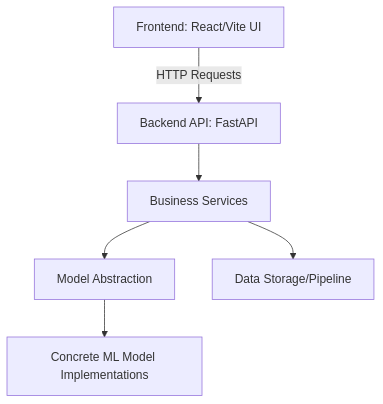
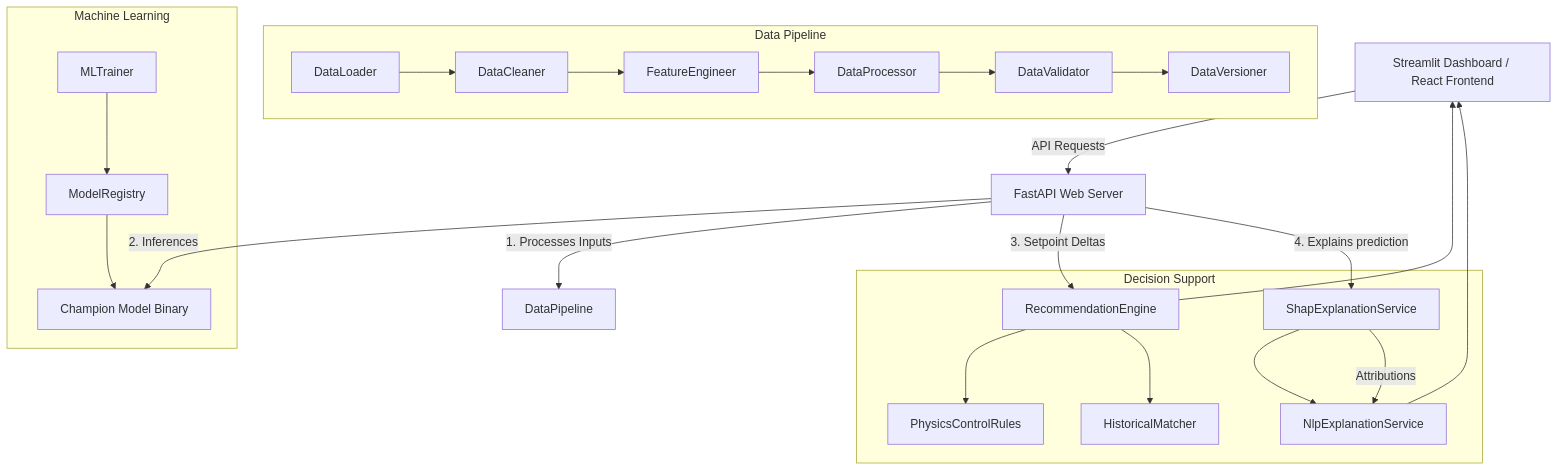
The diagram in docs/architecture.md (bold24-AY/grade-change-intelligence), drawn with Mermaid before and after one commit. The commit also changed other lines of this file and 11 other files, not shown here.

````diff
--- a/docs/architecture.md
+++ b/docs/architecture.md
@@ -9,8 +11,31 @@
 ```mermaid
 graph TD
-    UI[Frontend: React/Vite UI] -->|HTTP Requests| API[Backend API: FastAPI]
-    API --> Services[Business Services]
-    Services --> Models[Model Abstraction]
-    Services --> DataLayer[Data Storage/Pipeline]
-    Models --> ModelImpl[Concrete ML Model Implementations]
+    Client[Streamlit Dashboard / React Frontend] -->|API Requests| API[FastAPI Web Server]
+    
+    subgraph Data Pipeline
+        Loader[DataLoader] --> Cleaner[DataCleaner]
+        Cleaner --> FeatureEng[FeatureEngineer]
+        FeatureEng --> Scaler[DataProcessor]
+        Scaler --> Validator[DataValidator]
+        Validator --> Versioner[DataVersioner]
+    end
+    
+    subgraph Machine Learning
+        Trainer[MLTrainer] --> Registry[ModelRegistry]
+        Registry --> ChampionModel[Champion Model Binary]
+    end
+
+    subgraph Decision Support
+        Rec[RecommendationEngine] --> Rules[PhysicsControlRules]
+        Rec --> Matcher[HistoricalMatcher]
+        XAI[ShapExplanationService] --> NLPCard[NlpExplanationService]
+    end
+
+    API -->|1. Processes Inputs| DataPipeline
+    API -->|2. Inferences| ChampionModel
+    API -->|3. Setpoint Deltas| Rec
+    API -->|4. Explains prediction| XAI
+    XAI -->|Attributions| NLPCard
+    Rec --> Client
+    NLPCard --> Client
 ```
````
